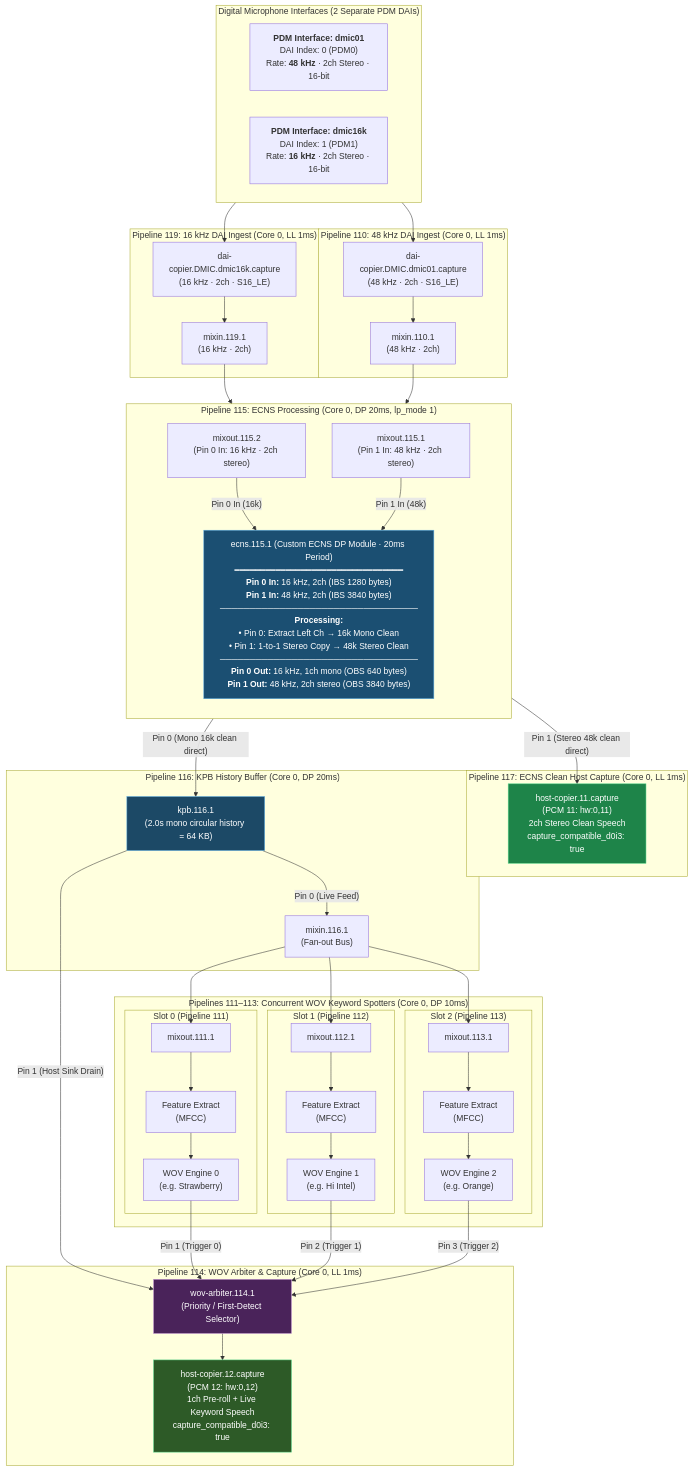
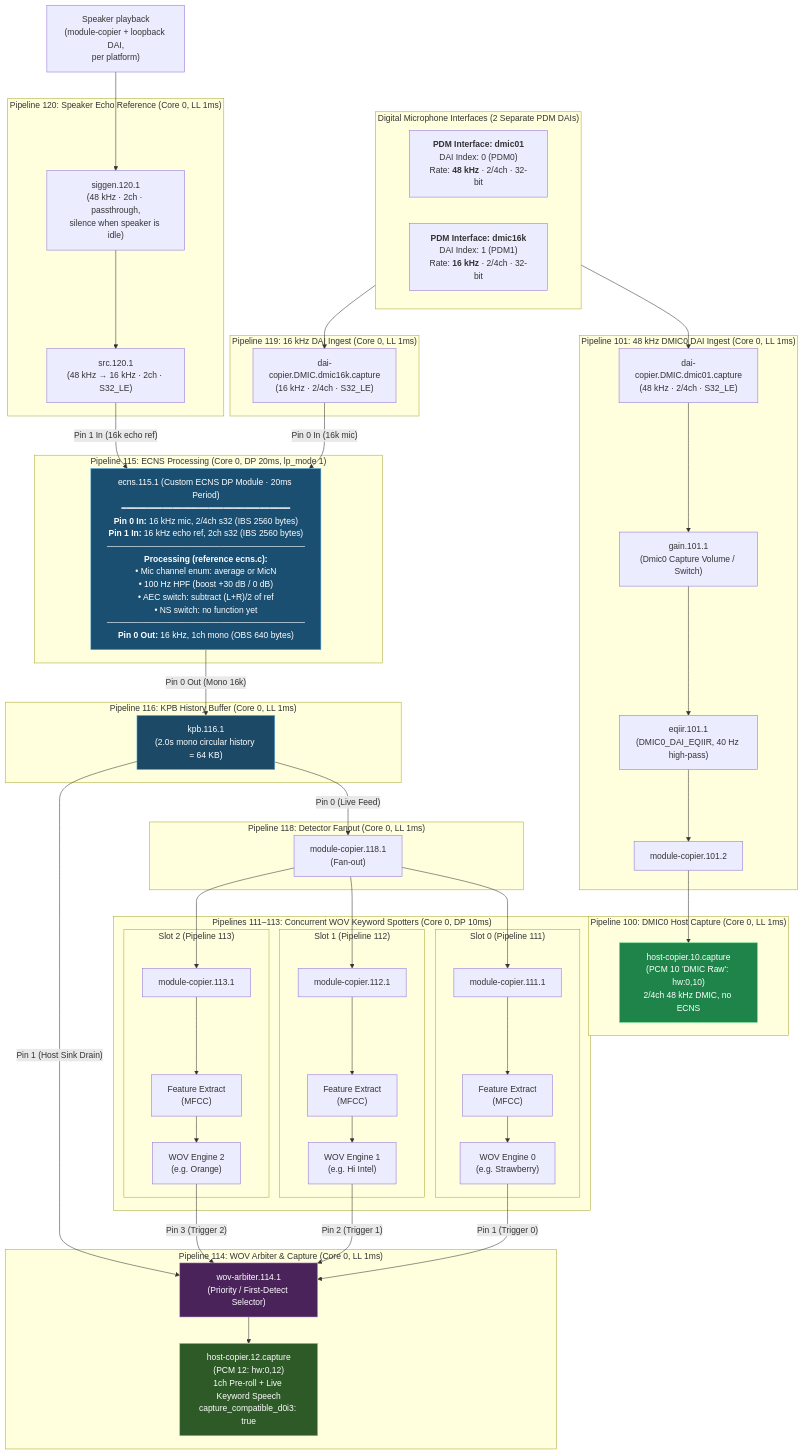
Before and after one commit to thesofproject/sof: the first of 4 diagrams in doc/developer_guides/wov_ecns_integration_guide.md, drawn with Mermaid. The commit also changed other lines of this file and 20 other files, not shown here.

````diff
--- a/doc/developer_guides/wov_ecns_integration_guide.md
+++ b/doc/developer_guides/wov_ecns_integration_guide.md
@@ -30,74 +30,80 @@
     %% Hardware PDM Interfaces
     subgraph PDM_INTERFACES ["Digital Microphone Interfaces (2 Separate PDM DAIs)"]
         direction LR
-        PDM_48K["<b>PDM Interface: dmic01</b><br/>DAI Index: 0 (PDM0)<br/>Rate: <b>48 kHz</b> · 2ch Stereo · 16-bit"]
-        PDM_16K["<b>PDM Interface: dmic16k</b><br/>DAI Index: 1 (PDM1)<br/>Rate: <b>16 kHz</b> · 2ch Stereo · 16-bit"]
+        PDM_48K["<b>PDM Interface: dmic01</b><br/>DAI Index: 0 (PDM0)<br/>Rate: <b>48 kHz</b> · 2/4ch · 32-bit"]
+        PDM_16K["<b>PDM Interface: dmic16k</b><br/>DAI Index: 1 (PDM1)<br/>Rate: <b>16 kHz</b> · 2/4ch · 32-bit"]
     end
 
-    %% Pipeline 110: 48 kHz DAI Capture
-    subgraph P110 ["Pipeline 110: 48 kHz DAI Ingest (Core 0, LL 1ms)"]
-        DAI_48K["dai-copier.DMIC.dmic01.capture<br/>(48 kHz · 2ch · S16_LE)"]
-        MIXIN_110["mixin.110.1<br/>(48 kHz · 2ch)"]
-        DAI_48K --> MIXIN_110
+    %% Pipeline 101: 48 kHz regular DMIC0 DAI capture (SoundWire IDs)
+    subgraph P101 ["Pipeline 101: 48 kHz DMIC0 DAI Ingest (Core 0, LL 1ms)"]
+        DAI_48K["dai-copier.DMIC.dmic01.capture<br/>(48 kHz · 2/4ch · S32_LE)"]
+        GAIN_101["gain.101.1<br/>(Dmic0 Capture Volume / Switch)"]
+        IIR_101["eqiir.101.1<br/>(DMIC0_DAI_EQIIR, 40 Hz high-pass)"]
+        MCP_101["module-copier.101.2"]
+        DAI_48K --> GAIN_101 --> IIR_101 --> MCP_101
     end
 
     %% Pipeline 119: 16 kHz DAI Capture
     subgraph P119 ["Pipeline 119: 16 kHz DAI Ingest (Core 0, LL 1ms)"]
-        DAI_16K["dai-copier.DMIC.dmic16k.capture<br/>(16 kHz · 2ch · S16_LE)"]
-        MIXIN_119["mixin.119.1<br/>(16 kHz · 2ch)"]
-        DAI_16K --> MIXIN_119
+        DAI_16K["dai-copier.DMIC.dmic16k.capture<br/>(16 kHz · 2/4ch · S32_LE)"]
     end
 
     PDM_48K --> DAI_48K
     PDM_16K --> DAI_16K
 
-    %% Pipeline 115: Dual-Rate ECNS DP Pipeline
+    %% Pipeline 120: Speaker echo reference
+    SPK["Speaker playback<br/>(module-copier + loopback DAI,<br/>per platform)"]
+    subgraph P120 ["Pipeline 120: Speaker Echo Reference (Core 0, LL 1ms)"]
+        SIGGEN["siggen.120.1<br/>(48 kHz · 2ch · passthrough,<br/>silence when speaker is idle)"]
+        SRC_120["src.120.1<br/>(48 kHz → 16 kHz · 2ch · S32_LE)"]
+        SIGGEN --> SRC_120
+    end
+    SPK --> SIGGEN
+
+    %% Pipeline 115: ECNS DP Pipeline
     subgraph P115 ["Pipeline 115: ECNS Processing (Core 0, DP 20ms, lp_mode 1)"]
-        direction TB
-
-        MIXOUT_115_2["mixout.115.2<br/>(Pin 0 In: 16 kHz · 2ch stereo)"]
-        MIXOUT_115_1["mixout.115.1<br/>(Pin 1 In: 48 kHz · 2ch stereo)"]
-
-        ECNS["ecns.115.1 (Custom ECNS DP Module · 20ms Period)<br/>━━━━━━━━━━━━━━━━━━━━━━━━━━━━━━━━━<br/><b>Pin 0 In:</b> 16 kHz, 2ch (IBS 1280 bytes)<br/><b>Pin 1 In:</b> 48 kHz, 2ch (IBS 3840 bytes)<br/>─────────────────────────────────<br/><b>Processing:</b><br/>• Pin 0: Extract Left Ch → 16k Mono Clean<br/>• Pin 1: 1-to-1 Stereo Copy → 48k Stereo Clean<br/>─────────────────────────────────<br/><b>Pin 0 Out:</b> 16 kHz, 1ch mono (OBS 640 bytes)<br/><b>Pin 1 Out:</b> 48 kHz, 2ch stereo (OBS 3840 bytes)"]
-
-        MIXOUT_115_2 -->|"Pin 0 In (16k)"| ECNS
-        MIXOUT_115_1 -->|"Pin 1 In (48k)"| ECNS
+        ECNS["ecns.115.1 (Custom ECNS DP Module · 20ms Period)<br/>━━━━━━━━━━━━━━━━━━━━━━━━━━━━━━━━━<br/><b>Pin 0 In:</b> 16 kHz mic, 2/4ch s32 (IBS 2560 bytes)<br/><b>Pin 1 In:</b> 16 kHz echo ref, 2ch s32 (IBS 2560 bytes)<br/>─────────────────────────────────<br/><b>Processing (reference ecns.c):</b><br/>• Mic channel enum: average or MicN<br/>• 100 Hz HPF (boost +30 dB / 0 dB)<br/>• AEC switch: subtract (L+R)/2 of ref<br/>• NS switch: no function yet<br/>─────────────────────────────────<br/><b>Pin 0 Out:</b> 16 kHz, 1ch mono (OBS 640 bytes)"]
     end
 
-    MIXIN_119 --> MIXOUT_115_2
-    MIXIN_110 --> MIXOUT_115_1
+    DAI_16K -->|"Pin 0 In (16k mic)"| ECNS
+    SRC_120 -->|"Pin 1 In (16k echo ref)"| ECNS
 
-    %% Pipeline 117: Host Capture PCM 11
-    subgraph P117 ["Pipeline 117: ECNS Clean Host Capture (Core 0, LL 1ms)"]
-        HOST_11["host-copier.11.capture<br/>(PCM 11: hw:0,11)<br/>2ch Stereo Clean Speech<br/>capture_compatible_d0i3: true"]
+    %% Pipeline 100: Host Capture PCM 10 (regular DMIC0, SoundWire IDs)
+    subgraph P100 ["Pipeline 100: DMIC0 Host Capture (Core 0, LL 1ms)"]
+        HOST_10["host-copier.10.capture<br/>(PCM 10 'DMIC Raw': hw:0,10)<br/>2/4ch 48 kHz DMIC, no ECNS"]
     end
 
+    MCP_101 --> HOST_10
+
     %% Pipeline 116: KPB History Buffer
-    subgraph P116 ["Pipeline 116: KPB History Buffer (Core 0, DP 20ms)"]
+    subgraph P116 ["Pipeline 116: KPB History Buffer (Core 0, LL 1ms)"]
         KPB["kpb.116.1<br/>(2.0s mono circular history = 64 KB)"]
-        MIXIN_116["mixin.116.1<br/>(Fan-out Bus)"]
-        KPB -->|"Pin 0 (Live Feed)"| MIXIN_116
     end
 
-    ECNS -->|"Pin 1 (Stereo 48k clean direct)"| HOST_11
-    ECNS -->|"Pin 0 (Mono 16k clean direct)"| KPB
+    %% Pipeline 118: Detector fanout
+    subgraph P118 ["Pipeline 118: Detector Fanout (Core 0, LL 1ms)"]
+        FANOUT["module-copier.118.1<br/>(Fan-out)"]
+    end
+    KPB -->|"Pin 0 (Live Feed)"| FANOUT
+
+    ECNS -->|"Pin 0 Out (Mono 16k)"| KPB
 
     %% WOV Keyword Spotter Slots
     subgraph WOV_Slots ["Pipelines 111–113: Concurrent WOV Keyword Spotters (Core 0, DP 10ms)"]
         subgraph Slot0 ["Slot 0 (Pipeline 111)"]
-            M1["mixout.111.1"] --> FE0["Feature Extract<br>(MFCC)"] --> WOV0["WOV Engine 0<br>(e.g. Strawberry)"]
+            M1["module-copier.111.1"] --> FE0["Feature Extract<br>(MFCC)"] --> WOV0["WOV Engine 0<br>(e.g. Strawberry)"]
         end
         subgraph Slot1 ["Slot 1 (Pipeline 112)"]
-            M2["mixout.112.1"] --> FE1["Feature Extract<br>(MFCC)"] --> WOV1["WOV Engine 1<br>(e.g. Hi Intel)"]
+            M2["module-copier.112.1"] --> FE1["Feature Extract<br>(MFCC)"] --> WOV1["WOV Engine 1<br>(e.g. Hi Intel)"]
         end
         subgraph Slot2 ["Slot 2 (Pipeline 113)"]
-            M3["mixout.113.1"] --> FE2["Feature Extract<br>(MFCC)"] --> WOV2["WOV Engine 2<br>(e.g. Orange)"]
+            M3["module-copier.113.1"] --> FE2["Feature Extract<br>(MFCC)"] --> WOV2["WOV Engine 2<br>(e.g. Orange)"]
         end
     end
 
-    MIXIN_116 --> M1
-    MIXIN_116 --> M2
-    MIXIN_116 --> M3
+    FANOUT --> M1
+    FANOUT --> M2
+    FANOUT --> M3
 
     %% Pipeline 114: WOV Arbiter & Host Capture PCM 12
     subgraph P114 ["Pipeline 114: WOV Arbiter & Capture (Core 0, LL 1ms)"]
@@ -114,6 +120,6 @@
     style ECNS fill:#1b4f72,stroke:#5dade2,color:#fff
     style KPB fill:#1c4966,stroke:#5dade2,color:#fff
     style ARB fill:#4a235a,stroke:#bb8fce,color:#fff
-    style HOST_11 fill:#1e8449,stroke:#58d68d,color:#fff
+    style HOST_10 fill:#1e8449,stroke:#58d68d,color:#fff
     style HOST_12 fill:#2d5a27,stroke:#58d68d,color:#fff
 ```
````
